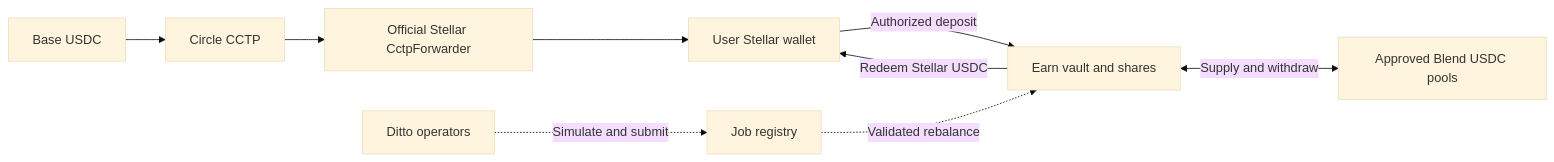
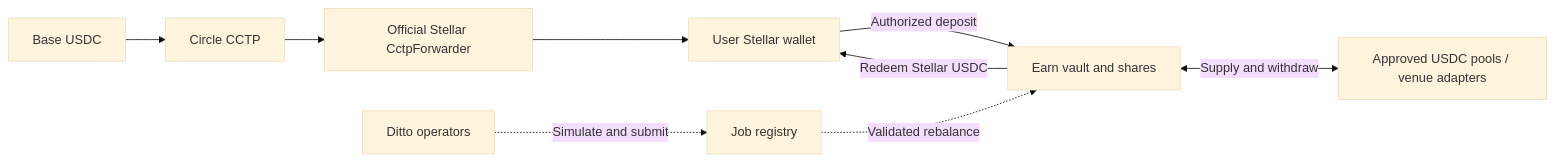
One commit to dittonetwork/stellar-automation changed the diagram in README.md. Above: the diagram before and after it, drawn with Mermaid (base theme). The commit also changed other lines of this file and 20 other files, not shown here.

````diff
--- a/README.md
+++ b/README.md
@@ -11,11 +11,11 @@
 ```mermaid
 flowchart LR
     B[Base USDC] --> C[Circle CCTP]
     C --> F[Official Stellar CctpForwarder]
     F --> W[User Stellar wallet]
     W -->|Authorized deposit| V[Earn vault and shares]
-    V <-->|Supply and withdraw| P[Approved Blend USDC pools]
+    V <-->|Supply and withdraw| P[Approved USDC pools / venue adapters]
     V -->|Redeem Stellar USDC| W
     O[Ditto operators] -.->|Simulate and submit| R[Job registry]
     R -.->|Validated rebalance| V
 ```
````
